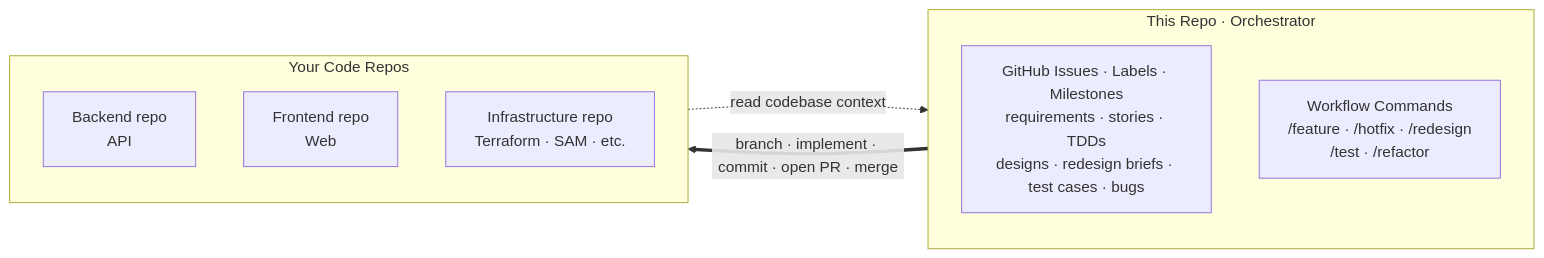
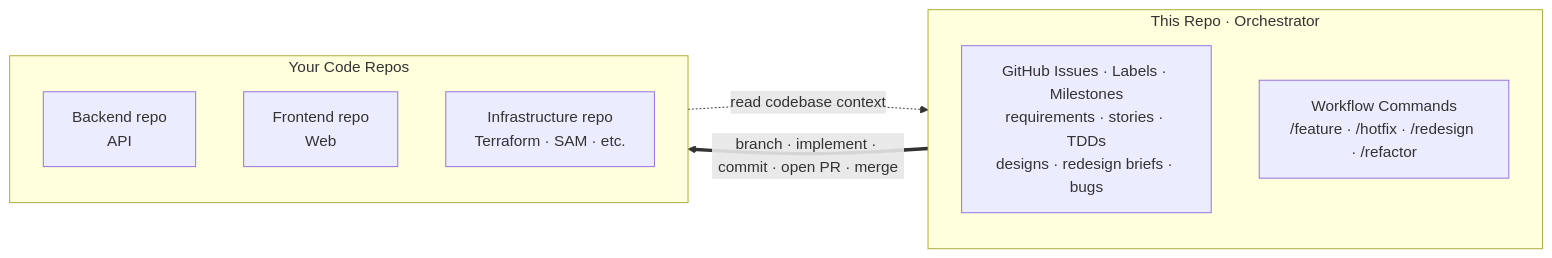
One commit to simpscal/notism changed the first of 7 diagrams in README.md. Above: the diagram before and after it, drawn with Mermaid. The commit also changed other lines of this file and 18 other files, not shown here.

First line of the commit message:
refactor(workflow): drop /test workflow and QA labels

````diff
--- a/README.md
+++ b/README.md
@@ -19,18 +19,18 @@
 ```mermaid
 flowchart LR
     subgraph ORCH["This Repo · Orchestrator"]
         direction TB
-        ISSUES["GitHub Issues · Labels · Milestones<br/>requirements · stories · TDDs<br/>designs · redesign briefs · test cases · bugs"]
-        FLOWS["Workflow Commands<br/>/feature · /hotfix · /redesign<br/>/test · /refactor"]
+        ISSUES["GitHub Issues · Labels · Milestones<br/>requirements · stories · TDDs<br/>designs · redesign briefs · bugs"]
+        FLOWS["Workflow Commands<br/>/feature · /hotfix · /redesign · /refactor"]
     end
 
     subgraph TARGETS["Your Code Repos"]
         direction TB
         BE["Backend repo<br/>API"]
         FE["Frontend repo<br/>Web"]
         IN["Infrastructure repo<br/>Terraform · SAM · etc."]
     end
 
     ORCH ==>|"branch · implement · commit · open PR · merge"| TARGETS
     TARGETS -.->|"read codebase context"| ORCH
 ```
````
